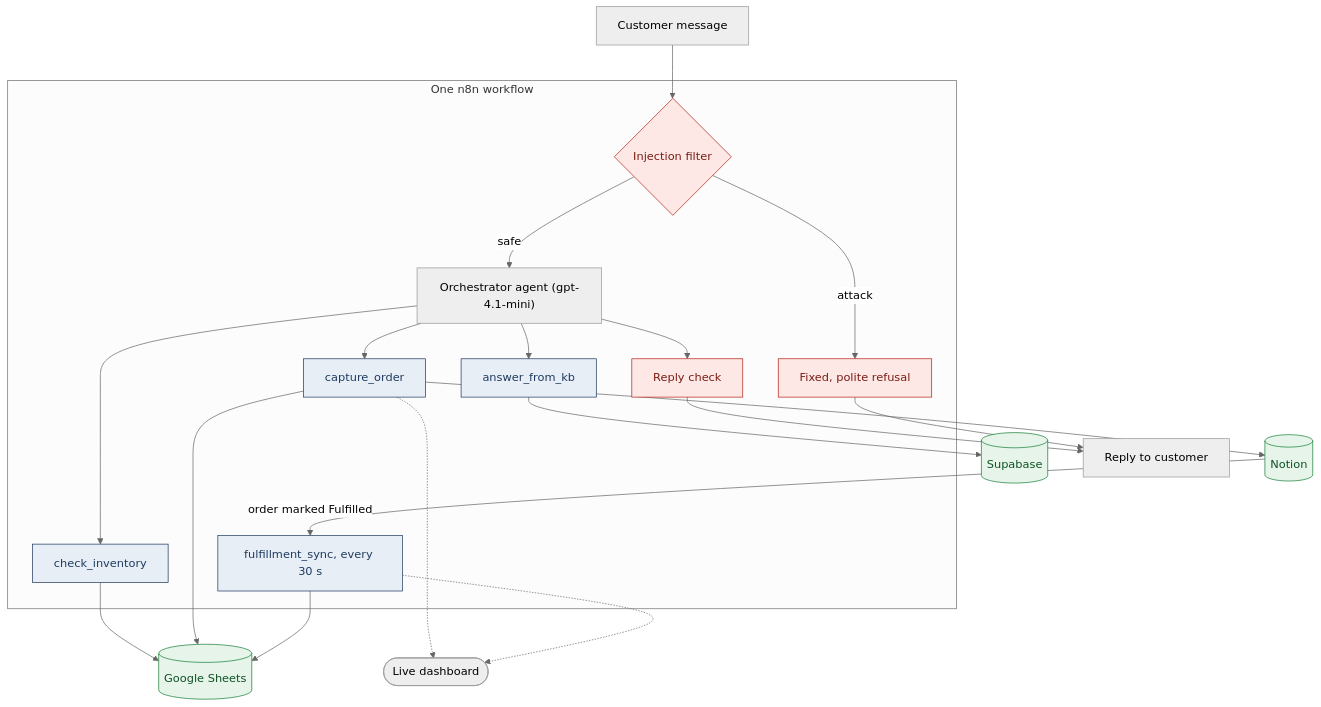
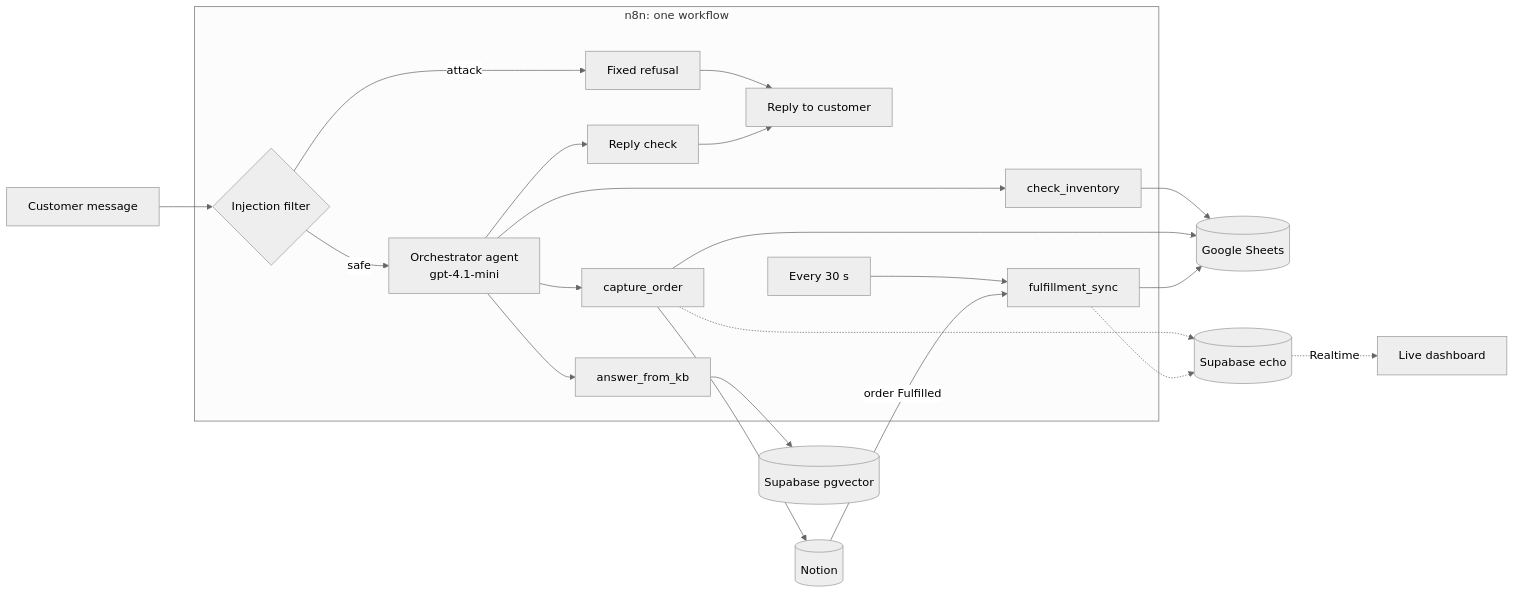
Before and after one commit to RideneFiras/MultiAppHackathon: the diagram in README.md, drawn with Mermaid (neutral theme).

Commit message:
README: Mermaid diagram in the syntax that rendered on GitHub
Claude-Session: https://claude.ai/code/session_01QA8vMkvAZwi3Gak33XCaF6

````diff
--- a/README.md
+++ b/README.md
@@ -108,36 +108,25 @@
 ```mermaid
-flowchart TD
-    customer["Customer message"] --> filter
-    subgraph workflow["One n8n workflow"]
-        filter{"Injection filter"}
-        refusal["Fixed, polite refusal"]
-        agent["Orchestrator agent (gpt-4.1-mini)"]
-        inventory["check_inventory"]
-        capture["capture_order"]
-        kb["answer_from_kb"]
-        check["Reply check"]
-        sync["fulfillment_sync, every 30 s"]
-        filter -- "attack" --> refusal
-        filter -- "safe" --> agent
-        agent --> inventory
-        agent --> capture
-        agent --> kb
-        agent --> check
-    end
-    inventory --> sheets[("Google Sheets")]
-    capture --> sheets
-    capture --> notion[("Notion")]
-    kb --> supabase[("Supabase")]
-    notion -- "order marked Fulfilled" --> sync
-    sync --> sheets
-    check --> reply["Reply to customer"]
-    refusal --> reply
-    capture -.-> dashboard(["Live dashboard"])
-    sync -.-> dashboard
-    classDef guard fill:#fde8e6,stroke:#b42318,color:#7a1c14
-    classDef tool fill:#e7eef6,stroke:#1f3a5f,color:#1f3a5f
-    classDef app fill:#e6f4ea,stroke:#188038,color:#0d5323
-    class filter,refusal,check guard
-    class inventory,capture,kb,sync tool
-    class sheets,notion,supabase app
+flowchart LR
+  C["Customer message"] --> PF
+  subgraph N8N["n8n: one workflow"]
+    PF{"Injection filter"}
+    PF -->|attack| RF[Fixed refusal]
+    PF -->|safe| AG["Orchestrator agent<br/>gpt-4.1-mini"]
+    AG --> CI[check_inventory]
+    AG --> CO[capture_order]
+    AG --> KB[answer_from_kb]
+    AG --> OG[Reply check]
+    RF --> RS[Reply to customer]
+    OG --> RS
+    TM[Every 30 s] --> FS[fulfillment_sync]
+  end
+  CI --> GS[(Google Sheets)]
+  CO --> GS
+  CO --> NO[(Notion)]
+  NO -->|order Fulfilled| FS
+  FS --> GS
+  KB --> VEC[(Supabase pgvector)]
+  CO -.-> ECHO[(Supabase echo)]
+  FS -.-> ECHO
+  ECHO -. Realtime .-> DASH[Live dashboard]
 ```
````
